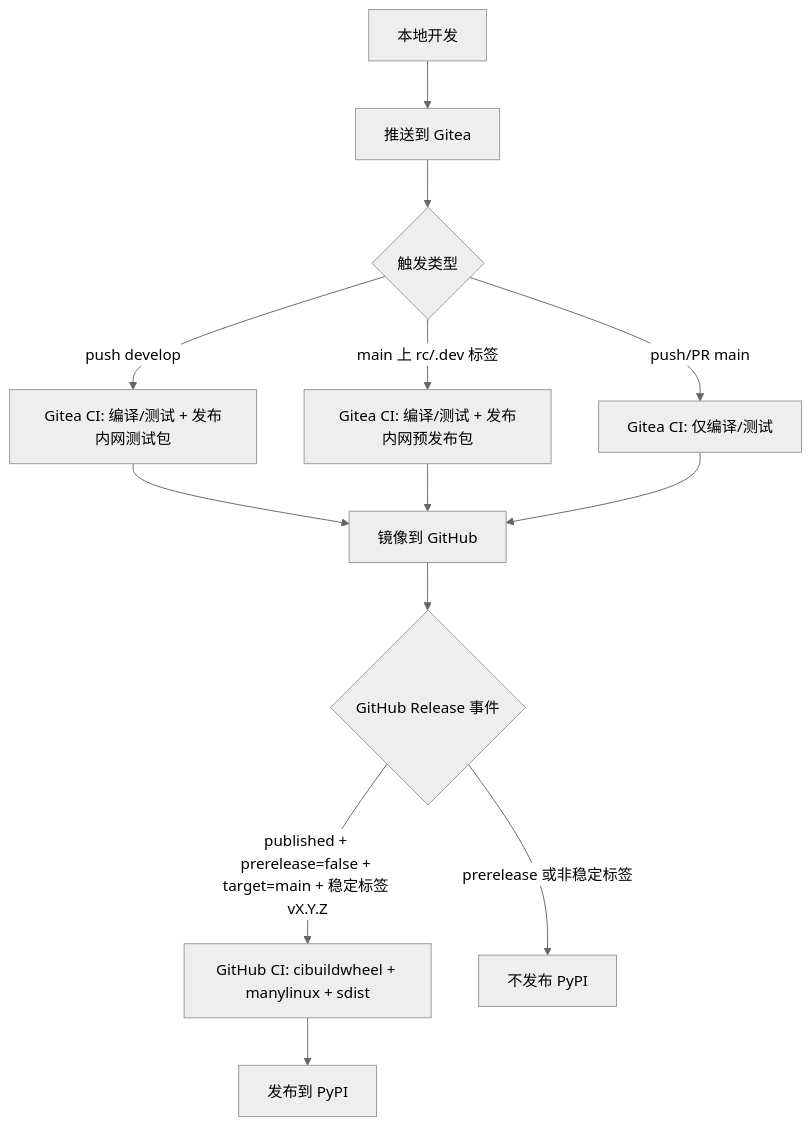
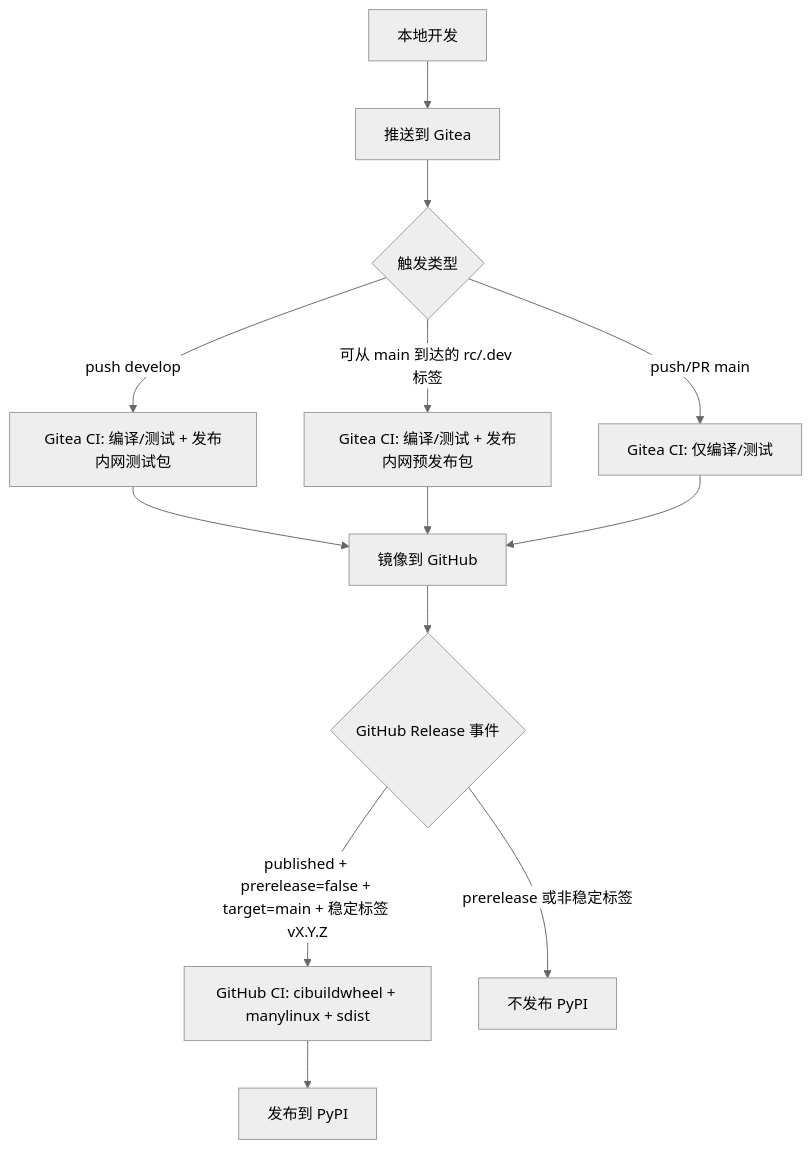
Before and after one commit to Hyperbolica-dev/MolGR: the diagram in docs/release/DEVELOPMENT_RELEASE_GUIDE.zh-CN.md, drawn with Mermaid (neutral theme). The commit also changed other lines of this file and 32 other files, not shown here.

````diff
--- a/docs/release/DEVELOPMENT_RELEASE_GUIDE.zh-CN.md
+++ b/docs/release/DEVELOPMENT_RELEASE_GUIDE.zh-CN.md
@@ -11,19 +13,19 @@
 ```mermaid
 flowchart TD
     A[本地开发] --> B[推送到 Gitea]
     B --> C{触发类型}
 
     C -->|push develop| D[Gitea CI: 编译/测试 + 发布内网测试包]
-    C -->|main 上 rc/.dev 标签| E[Gitea CI: 编译/测试 + 发布内网预发布包]
+    C -->|可从 main 到达的 rc/.dev 标签| E[Gitea CI: 编译/测试 + 发布内网预发布包]
     C -->|push/PR main| F[Gitea CI: 仅编译/测试]
 
     D --> G[镜像到 GitHub]
     E --> G
     F --> G
 
     G --> H{GitHub Release 事件}
     H -->|published + prerelease=false + target=main + 稳定标签 vX.Y.Z| I[GitHub CI: cibuildwheel + manylinux + sdist]
     H -->|prerelease 或非稳定标签| J[不发布 PyPI]
 
     I --> K[发布到 PyPI]
 ```
````
